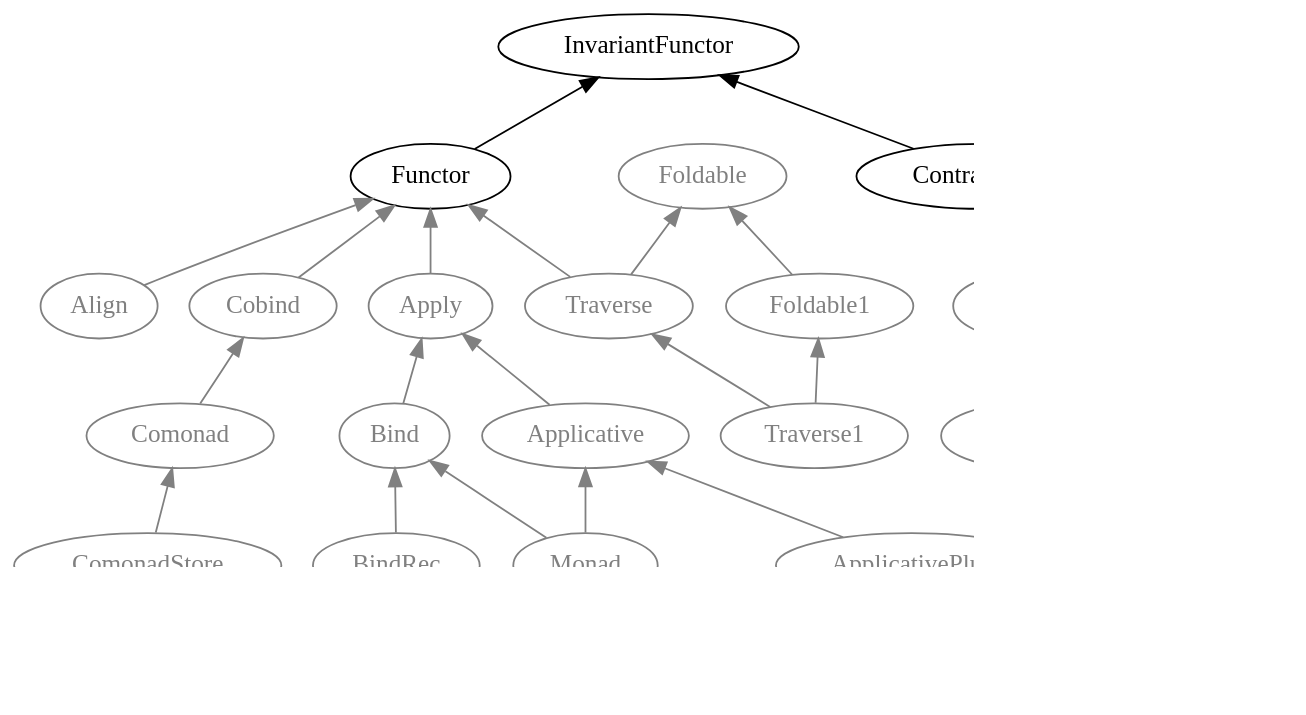
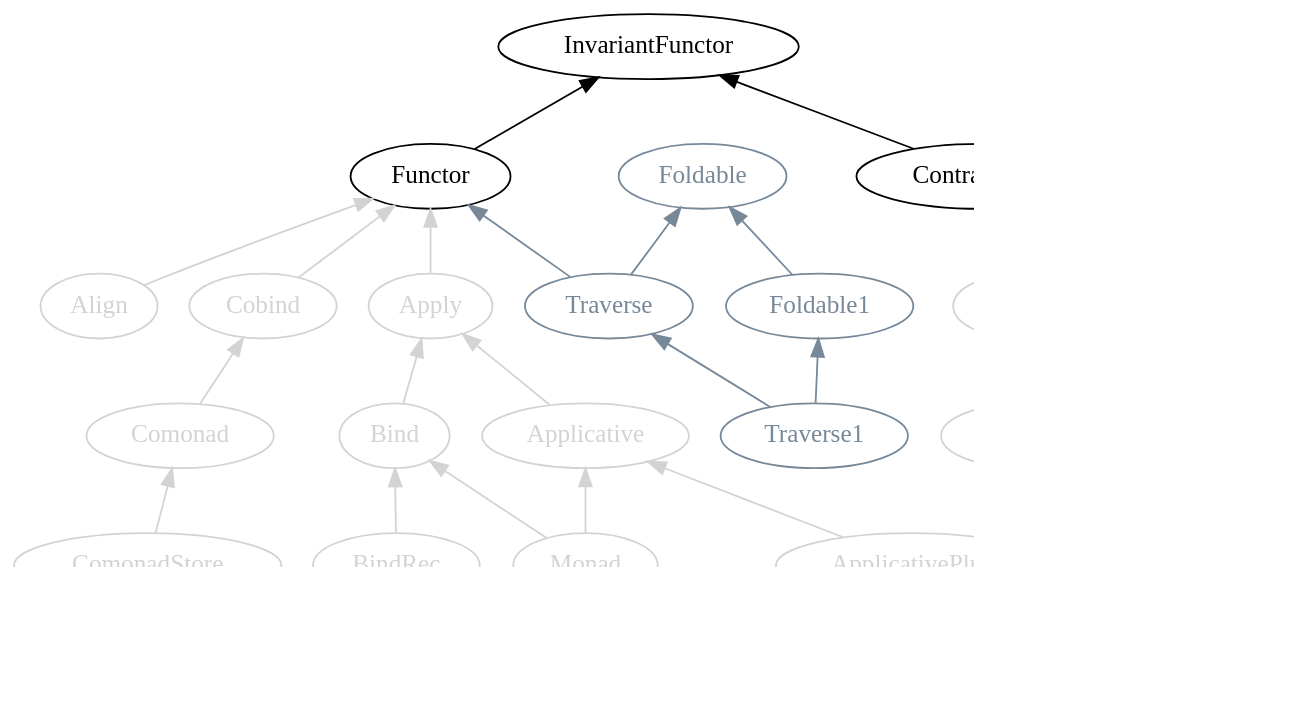
One commit to fommil/fpmortals changed the eighth of 10 diagrams in manuscript/book.org. Above: the diagram before and after it, drawn with Graphviz. The commit also changed other lines of this file and 4 other files, not shown here.

Commit message:
really anal colouring of the dot graphs

```diff
--- a/manuscript/book.org
+++ b/manuscript/book.org
@@ -4070,55 +4074,67 @@
 #+BEGIN_SRC dot :file images/scalaz-variance.png :exports results
 digraph G {
     graph [dpi=100, rankdir=BT];
     node [fontname=Hack];
+    node [fontcolor=lightgray,color=lightgray];
+    edge [color=lightgray]
 
-    subgraph {
-      node [fontcolor=grey,color=grey];
-      edge [color=grey];
+    Bind;
+    Apply;
+    BindRec;
+    Contravariant [fontcolor=black,color=black];
+    Functor [fontcolor=black,color=black];
+    InvariantFunctor [fontcolor=black,color=black];
+    Functor;
+    Divide;
+    Divisible;
+    Apply;
+    Applicative;
+    Foldable1 [fontcolor=lightslategray,color=lightslategray];
+    Foldable [fontcolor=lightslategray,color=lightslategray];
+    Traverse [fontcolor=lightslategray,color=lightslategray];
+    Traverse1 [fontcolor=lightslategray,color=lightslategray];
+    Monad;
+    "Advanced Monads" [style=dashed];
+    Cobind;
+    Comonad;
+    PlusEmpty;
+    IsEmpty;
+    ApplicativePlus;
+    ComonadStore;
+    Align;
 
-      Bind -> Apply;
-      BindRec -> Bind;
+    Bind -> Apply;
+    BindRec -> Bind;
 
-      Contravariant [fontcolor=black,color=black];
-      InvariantFunctor [fontcolor=black,color=black];
-      Functor [fontcolor=black,color=black];
+    Contravariant -> InvariantFunctor [color=black];
+    Functor -> InvariantFunctor [color=black];
 
-      Divide -> Contravariant;
-      Divisible -> Divide;
-      Apply -> Functor;
-      Applicative -> Apply;
+    Divide -> Contravariant;
+    Divisible -> Divide;
+    Apply -> Functor;
+    Applicative -> Apply;
 
-      Foldable1 -> Foldable;
-      Traverse -> Functor;
-      Traverse -> Foldable;
-      Traverse1 -> Traverse;
-      Traverse1 -> Foldable1;
+    Foldable1 -> Foldable [color=lightslategray];
+    Traverse -> Functor [color=lightslategray];
+    Traverse -> Foldable [color=lightslategray];
+    Traverse1 -> Traverse [color=lightslategray];
+    Traverse1 -> Foldable1 [color=lightslategray];
 
-      Monad -> Applicative;
+    Monad -> Applicative;
+    "Advanced Monads" -> Monad;
+    Monad -> Bind;
+ 
+    Cobind -> Functor;
+    Comonad -> Cobind;
 
-      "Advanced Monads" [style=dashed];
-      "Advanced Monads" -> Monad;
+    PlusEmpty -> Plus;
+    IsEmpty -> PlusEmpty;
 
-      Monad -> Bind;
+    ApplicativePlus -> Applicative;
+    ApplicativePlus -> PlusEmpty;
 
-      Cobind -> Functor;
-      Comonad -> Cobind;
+    ComonadStore -> Comonad;
 
-      PlusEmpty -> Plus;
-      IsEmpty -> PlusEmpty;
-
-      ApplicativePlus -> Applicative;
-      ApplicativePlus -> PlusEmpty;
-
-      ComonadStore -> Comonad;
-
-      Align -> Functor;
-    }
-
-    subgraph mappable {
-      Contravariant -> InvariantFunctor;
-      Functor -> InvariantFunctor;
-    }
-
+    Align -> Functor;
 }
 #+END_SRC
```
